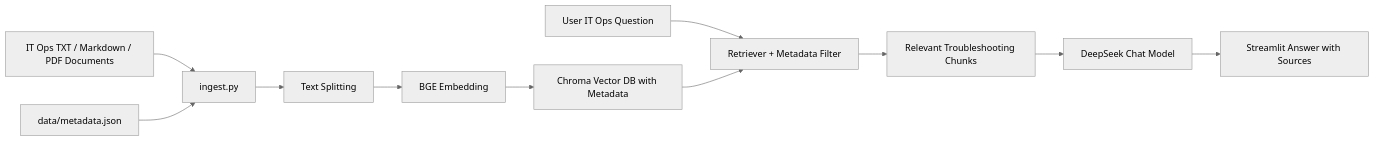
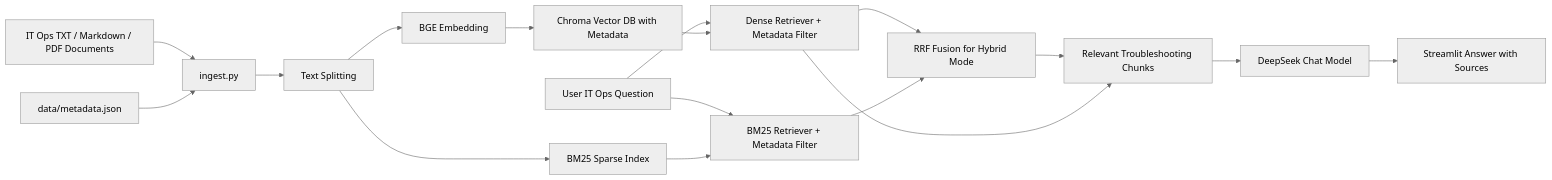
The diagram in README.md (terry-ou05/personal-rag), drawn with Mermaid (neutral theme) before and after one commit. The commit also changed other lines of this file and 16 other files, not shown here.

Commit message:
feat: add hybrid retrieval with bm25 and rrf

````diff
--- a/README.md
+++ b/README.md
@@ -56,13 +60,19 @@
 ```mermaid
 flowchart LR
     A[IT Ops TXT / Markdown / PDF Documents] --> B[ingest.py]
     M[data/metadata.json] --> B
     B --> C[Text Splitting]
     C --> D[BGE Embedding]
     D --> E[Chroma Vector DB with Metadata]
-    F[User IT Ops Question] --> G[Retriever + Metadata Filter]
+    C --> S[BM25 Sparse Index]
+    F[User IT Ops Question] --> G[Dense Retriever + Metadata Filter]
+    F --> K[BM25 Retriever + Metadata Filter]
     E --> G
-    G --> H[Relevant Troubleshooting Chunks]
+    S --> K
+    G --> R[RRF Fusion for Hybrid Mode]
+    K --> R
+    R --> H[Relevant Troubleshooting Chunks]
+    G --> H
     H --> I[DeepSeek Chat Model]
     I --> J[Streamlit Answer with Sources]
 ```
````
